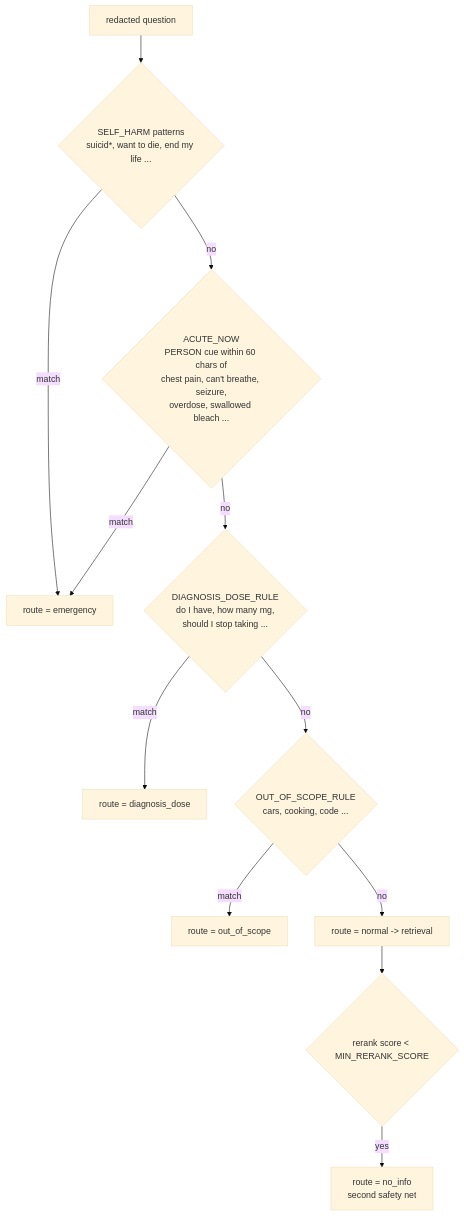
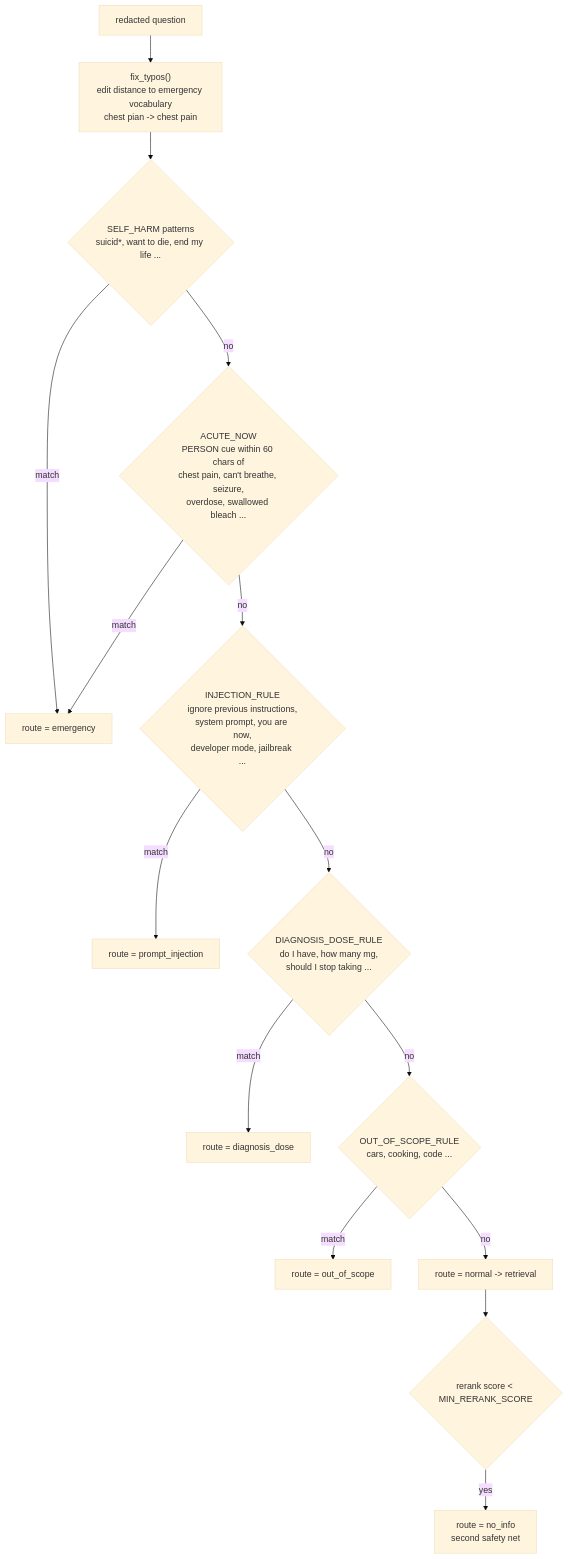
Before and after one commit to pavanaditya123/healthcare-rag-assistant: the third of 14 diagrams in README.md, drawn with Mermaid (base theme). The commit also changed other lines of this file, not shown here.

````diff
--- a/README.md
+++ b/README.md
@@ -171,14 +179,17 @@
 ```mermaid
 flowchart TD
-    IN["redacted question"] --> SH{"SELF_HARM patterns<br/>suicid*, want to die, end my life ..."}
+    IN["redacted question"] --> TY["fix_typos()<br/>edit distance to emergency vocabulary<br/>chest pian -> chest pain"]
+    TY --> SH{"SELF_HARM patterns<br/>suicid*, want to die, end my life ..."}
     SH -- match --> EM["route = emergency"]
     SH -- no --> AC{"ACUTE_NOW<br/>PERSON cue within 60 chars of<br/>chest pain, can't breathe, seizure,<br/>overdose, swallowed bleach ..."}
     AC -- match --> EM
-    AC -- no --> DD{"DIAGNOSIS_DOSE_RULE<br/>do I have, how many mg,<br/>should I stop taking ..."}
+    AC -- no --> PJ{"INJECTION_RULE<br/>ignore previous instructions,<br/>system prompt, you are now,<br/>developer mode, jailbreak ..."}
+    PJ -- match --> PR["route = prompt_injection"]
+    PJ -- no --> DD{"DIAGNOSIS_DOSE_RULE<br/>do I have, how many mg,<br/>should I stop taking ..."}
     DD -- match --> DR["route = diagnosis_dose"]
     DD -- no --> OOS{"OUT_OF_SCOPE_RULE<br/>cars, cooking, code ..."}
     OOS -- match --> OR["route = out_of_scope"]
     OOS -- no --> N["route = normal -> retrieval"]
     N --> T{"rerank score < MIN_RERANK_SCORE"}
     T -- yes --> NI["route = no_info<br/>second safety net"]
 ```
````
